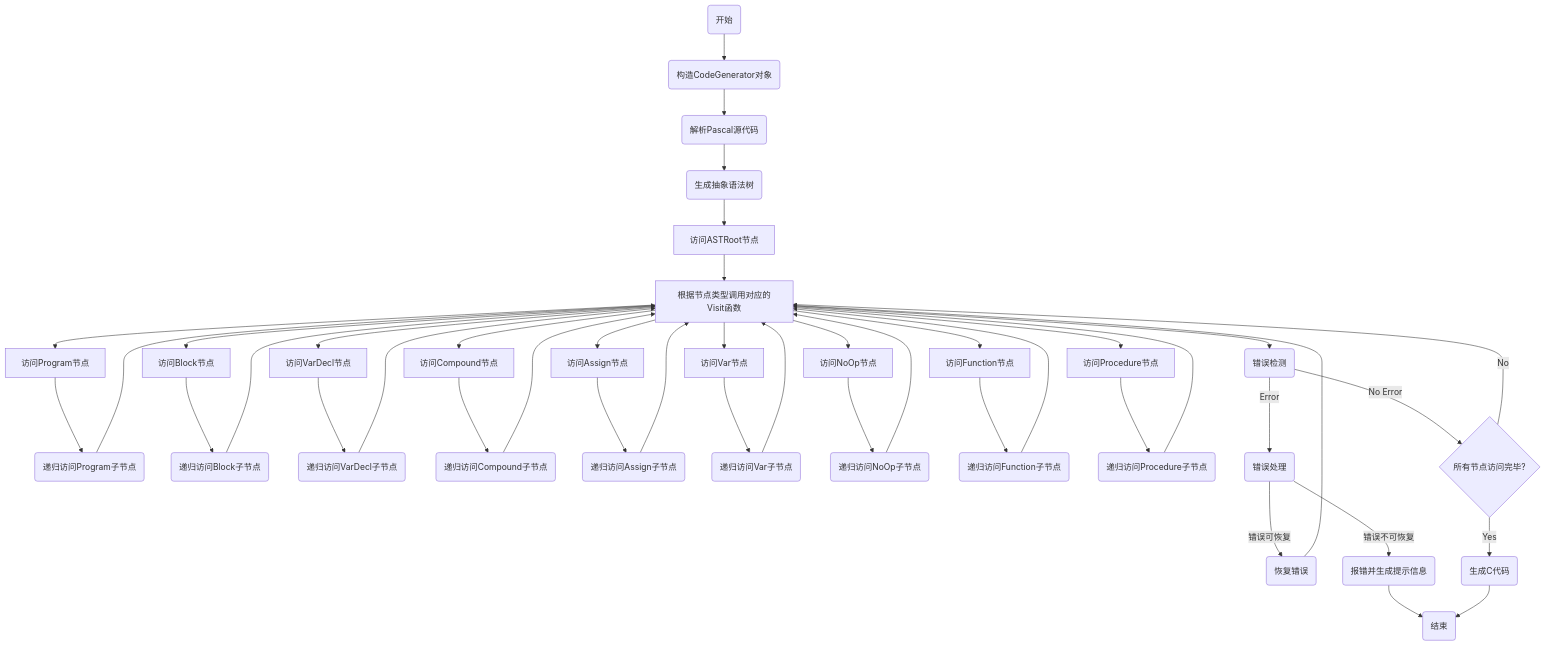
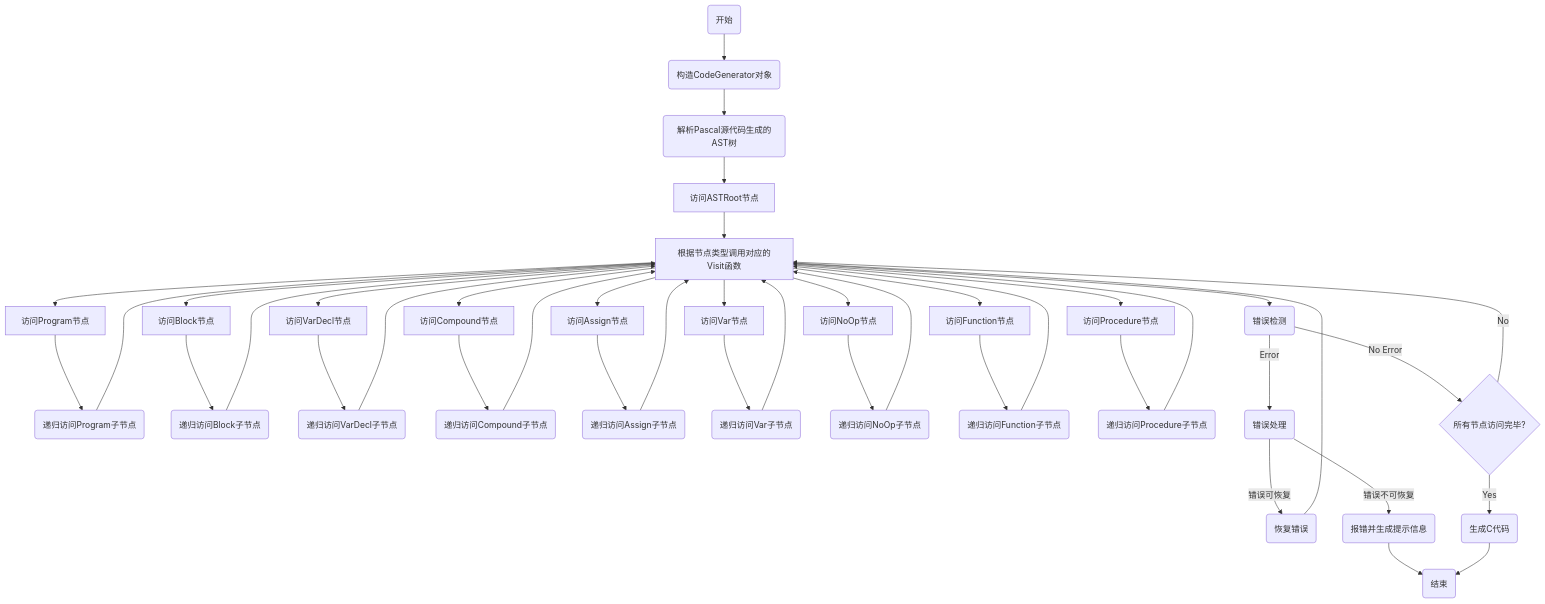
The second of 2 diagrams in doc/design.md (XieWeikai/Pascal2C), drawn with Mermaid before and after one commit.

Commit message:
Fix overlap description in code generator mermaid diagram

````diff
--- a/doc/design.md
+++ b/doc/design.md
@@ -1579,45 +1579,44 @@
 ```mermaid
 graph TD
-  A(开始) --> B(构造CodeGenerator对象)
-  B --> C(解析Pascal源代码)
-  C --> D(生成抽象语法树)
+  A(开始) --> C(构造CodeGenerator对象)
+  C --> D(解析Pascal源代码生成的AST树)
   D --> E[访问ASTRoot节点]
   E --> F[根据节点类型调用对应的Visit函数]
   F --> G[访问Program节点]
   F --> H[访问Block节点]
   F --> I[访问VarDecl节点]
   F --> J[访问Compound节点]
   F --> K[访问Assign节点]
   F --> L[访问Var节点]
   F --> AA[访问Function节点]
   F --> AB[访问Procedure节点]
   F --> M[访问NoOp节点]
   G --> N(递归访问Program子节点)
   H --> O(递归访问Block子节点)
   I --> P(递归访问VarDecl子节点)
   J --> Q(递归访问Compound子节点)
   K --> R(递归访问Assign子节点)
   L --> S(递归访问Var子节点)
   M --> T(递归访问NoOp子节点)
   AA --> AC(递归访问Function子节点)
   AB --> AD(递归访问Procedure子节点)
   N --> F
   O --> F
   P --> F
   Q --> F
   R --> F
   S --> F
   T --> F
   AC --> F
   AD --> F
   F --> X(错误检测)
   X -- No Error --> Y{所有节点访问完毕?}
   X -- Error --> Z(错误处理)
   Z -- 错误可恢复 --> Z1(恢复错误)
   Z1 --> F
   Z -- 错误不可恢复 --> Y1(报错并生成提示信息)
   Y1 --> W
   Y -- Yes --> V(生成C代码)
   V --> W(结束)
   Y -- No --> F
 ```
````
